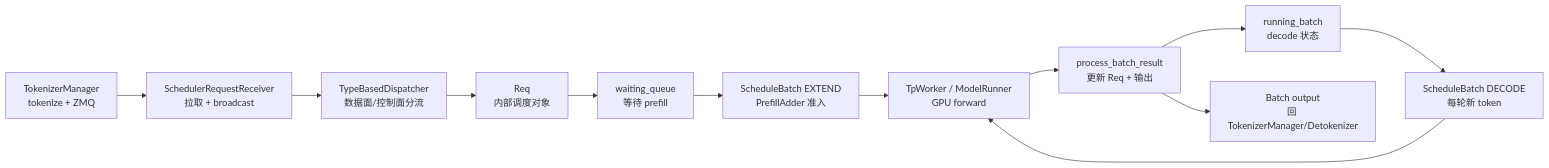
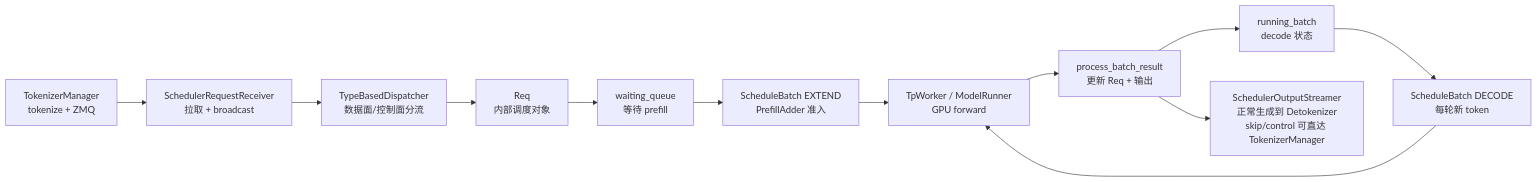
One commit to OnlyHero5/sglang-reading-vault changed the diagram in sglang_reading/请求调度/Scheduler/SGLang-Scheduler.md. Above: the diagram before and after it, drawn with Mermaid. The commit also changed other lines of this file and 512 other files, not shown here.

````diff
--- a/sglang_reading/请求调度/Scheduler/SGLang-Scheduler.md
+++ b/sglang_reading/请求调度/Scheduler/SGLang-Scheduler.md
@@ -28,14 +28,14 @@
 ```mermaid
 flowchart LR
     TM["TokenizerManager<br/>tokenize + ZMQ"] --> Recv["SchedulerRequestReceiver<br/>拉取 + broadcast"]
     Recv --> Dispatch["TypeBasedDispatcher<br/>数据面/控制面分流"]
     Dispatch --> Req["Req<br/>内部调度对象"]
     Req --> WQ["waiting_queue<br/>等待 prefill"]
     WQ --> Prefill["ScheduleBatch EXTEND<br/>PrefillAdder 准入"]
     Prefill --> Worker["TpWorker / ModelRunner<br/>GPU forward"]
     Worker --> Proc["process_batch_result<br/>更新 Req + 输出"]
     Proc --> RB["running_batch<br/>decode 状态"]
     RB --> Decode["ScheduleBatch DECODE<br/>每轮新 token"]
     Decode --> Worker
-    Proc --> Out["Batch output<br/>回 TokenizerManager/Detokenizer"]
+    Proc --> Out["SchedulerOutputStreamer<br/>正常生成到 Detokenizer<br/>skip/control 可直达 TokenizerManager"]
 ```
````
